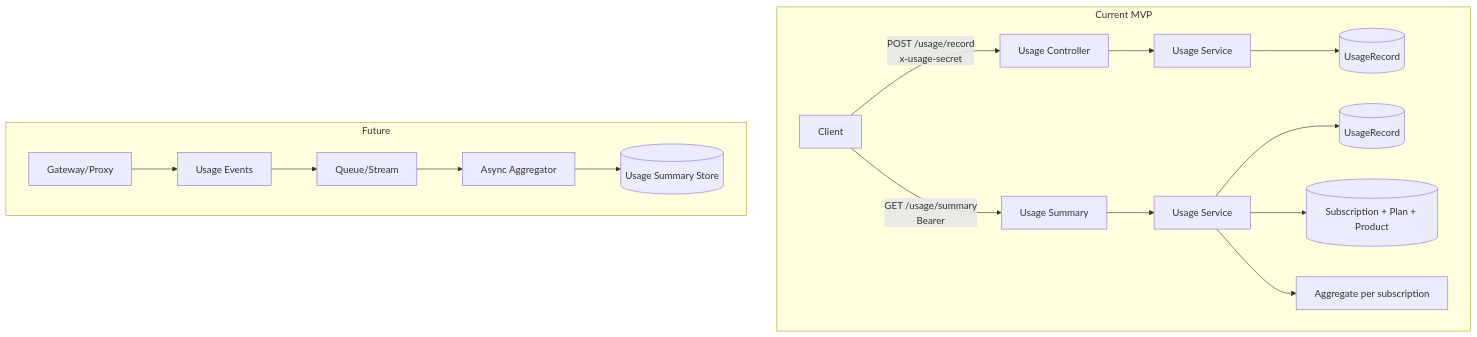
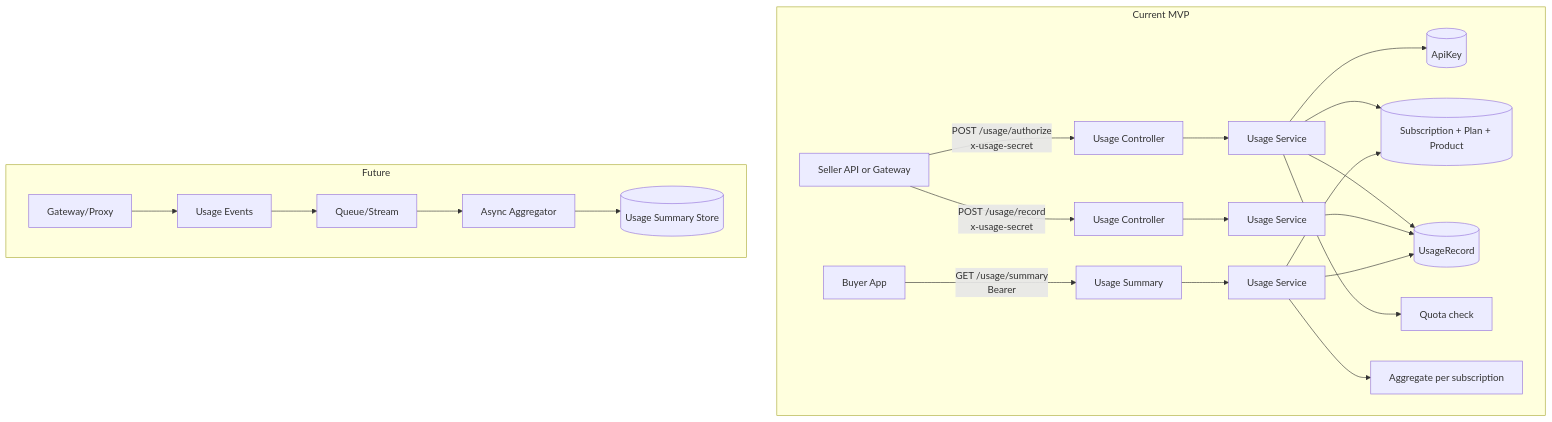
One commit to fyvl/hivepoint-backend changed the second of 3 diagrams in docs/diagrams.md. Above: the diagram before and after it, drawn with Mermaid. The commit also changed 91 other files, not shown here.

````diff
--- a/docs/diagrams.md
+++ b/docs/diagrams.md
@@ -35,20 +35,26 @@
 ```mermaid
 flowchart TB
     subgraph Current MVP
-        A[Client] -->|POST /usage/record\nx-usage-secret| B[Usage Controller]
+        A[Seller API or Gateway] -->|POST /usage/authorize\nx-usage-secret| B[Usage Controller]
         B --> C[Usage Service]
-        C --> D[(UsageRecord)]
-        A -->|GET /usage/summary\nBearer| B2[Usage Summary]
+        C --> D[(ApiKey)]
+        C --> E[(Subscription + Plan + Product)]
+        C --> F[(UsageRecord)]
+        C --> G[Quota check]
+        A -->|POST /usage/record\nx-usage-secret| B2[Usage Controller]
         B2 --> C2[Usage Service]
-        C2 --> D2[(UsageRecord)]
-        C2 --> E[(Subscription + Plan + Product)]
-        C2 --> F[Aggregate per subscription]
+        C2 --> F
+        H[Buyer App] -->|GET /usage/summary\nBearer| I[Usage Summary]
+        I --> J[Usage Service]
+        J --> F
+        J --> E
+        J --> K[Aggregate per subscription]
     end
 
     subgraph Future
-        G[Gateway/Proxy] --> H[Usage Events]
-        H --> I[Queue/Stream]
-        I --> J[Async Aggregator]
-        J --> K[(Usage Summary Store)]
+        L[Gateway/Proxy] --> M[Usage Events]
+        M --> N[Queue/Stream]
+        N --> O[Async Aggregator]
+        O --> P[(Usage Summary Store)]
     end
 ```
````
